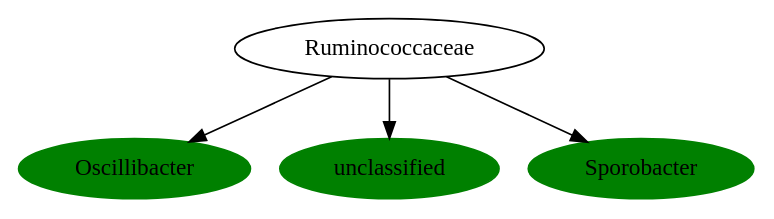
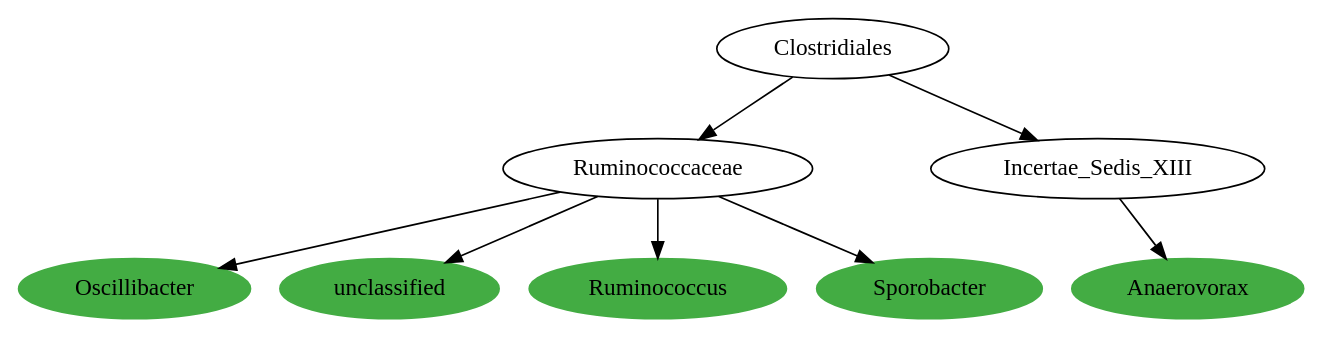
Before and after one commit to AndersHqst/thesis: the diagram in experiments/tmp/phylogenetic-tree/dotfiles/0.dot, drawn with Graphviz. The commit also changed 228 other files, not shown here.

Commit message:
Updated graph coloring scripts. Co-exclusions are now indicated by edge label font coloring, and phylographer will also show u<1 patterns in red only

```diff
--- a/experiments/tmp/phylogenetic-tree/dotfiles/0.dot
+++ b/experiments/tmp/phylogenetic-tree/dotfiles/0.dot
@@ -1,15 +1,29 @@
 digraph G { 
-	RuminococcaceaeOscillibacter [label="Oscillibacter", color="green", style=filled];
+	RuminococcaceaeOscillibacter [label="Oscillibacter", color="#43AC43", style=filled];
 	ClostridialesRuminococcaceae [label="Ruminococcaceae"];
 	RuminococcaceaeOscillibacter [label="Oscillibacter"];
 	ClostridialesRuminococcaceae -> RuminococcaceaeOscillibacter;
-	Ruminococcaceaeunclassified [label="unclassified", color="green", style=filled];
+	ClostridiaClostridiales [label="Clostridiales"];
+	ClostridialesRuminococcaceae [label="Ruminococcaceae"];
+	ClostridiaClostridiales -> ClostridialesRuminococcaceae;
+	Ruminococcaceaeunclassified [label="unclassified", color="#43AC43", style=filled];
 	ClostridialesRuminococcaceae [label="Ruminococcaceae"];
 	Ruminococcaceaeunclassified [label="unclassified"];
 	ClostridialesRuminococcaceae -> Ruminococcaceaeunclassified;
-	RuminococcaceaeSporobacter [label="Sporobacter", color="green", style=filled];
+	RuminococcaceaeRuminococcus [label="Ruminococcus", color="#43AC43", style=filled];
+	ClostridialesRuminococcaceae [label="Ruminococcaceae"];
+	RuminococcaceaeRuminococcus [label="Ruminococcus"];
+	ClostridialesRuminococcaceae -> RuminococcaceaeRuminococcus;
+	RuminococcaceaeSporobacter [label="Sporobacter", color="#43AC43", style=filled];
 	ClostridialesRuminococcaceae [label="Ruminococcaceae"];
 	RuminococcaceaeSporobacter [label="Sporobacter"];
 	ClostridialesRuminococcaceae -> RuminococcaceaeSporobacter;
+	Incertae_Sedis_XIIIAnaerovorax [label="Anaerovorax", color="#43AC43", style=filled];
+	ClostridialesIncertae_Sedis_XIII [label="Incertae_Sedis_XIII"];
+	Incertae_Sedis_XIIIAnaerovorax [label="Anaerovorax"];
+	ClostridialesIncertae_Sedis_XIII -> Incertae_Sedis_XIIIAnaerovorax;
+	ClostridiaClostridiales [label="Clostridiales"];
+	ClostridialesIncertae_Sedis_XIII [label="Incertae_Sedis_XIII"];
+	ClostridiaClostridiales -> ClostridialesIncertae_Sedis_XIII;
 
  }
```
